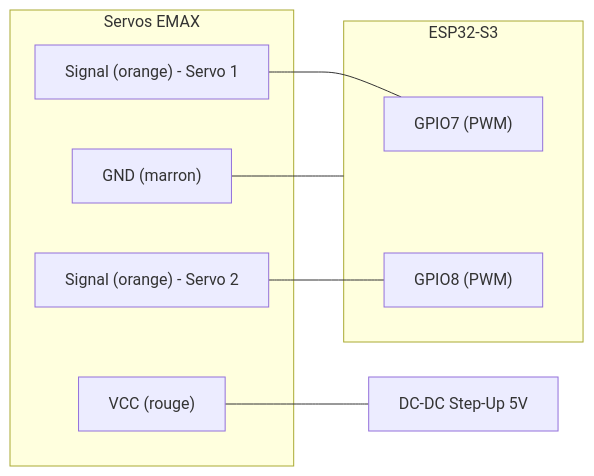
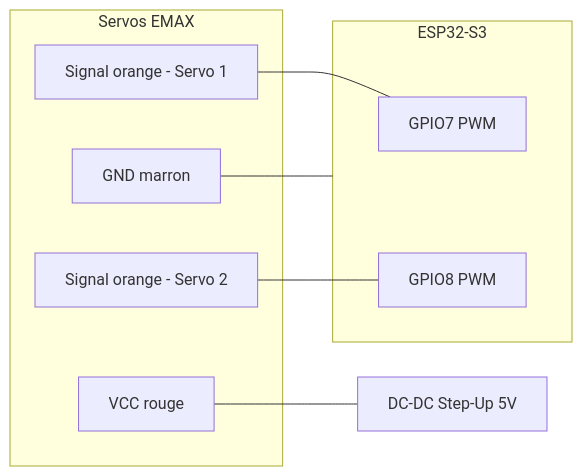
The fourth of 8 diagrams in TARS_Robot_Build_FR.md (zabbix-byte/real-tars), drawn with Mermaid before and after one commit. The commit also changed other lines of this file and 2 other files, not shown here.

Commit message:
refactor: update architecture diagrams and component descriptions in README files

````diff
--- a/TARS_Robot_Build_FR.md
+++ b/TARS_Robot_Build_FR.md
@@ -381,21 +383,21 @@
 ```mermaid
 graph LR
     subgraph SERVO["Servos EMAX"]
-        S1_SIG["Signal (orange) - Servo 1"]
-        S2_SIG["Signal (orange) - Servo 2"]
-        S_VCC["VCC (rouge)"]
-        S_GND["GND (marron)"]
+        S1_SIG["Signal orange - Servo 1"]
+        S2_SIG["Signal orange - Servo 2"]
+        S_VCC["VCC rouge"]
+        S_GND["GND marron"]
     end
 
     subgraph ESP32["ESP32-S3"]
-        E_G7["GPIO7 (PWM)"]
-        E_G8["GPIO8 (PWM)"]
+        E_G7["GPIO7 PWM"]
+        E_G8["GPIO8 PWM"]
     end
 
     STEP["DC-DC Step-Up 5V"]
 
     S1_SIG --- E_G7
     S2_SIG --- E_G8
     S_VCC --- STEP
     S_GND --- ESP32
 ```
````
